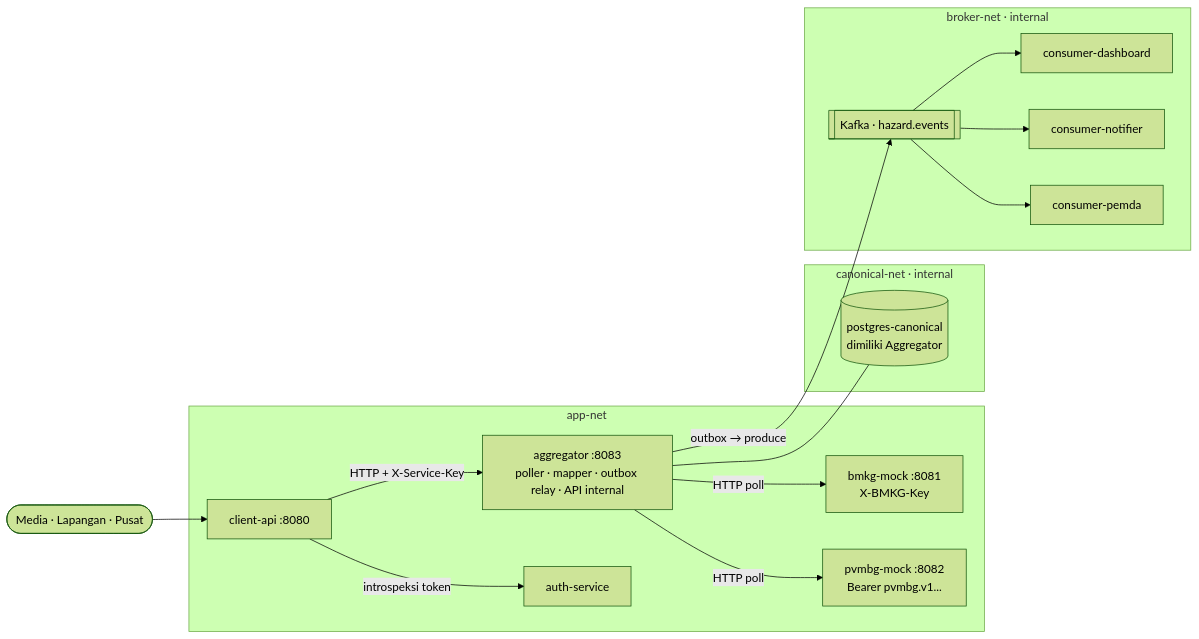
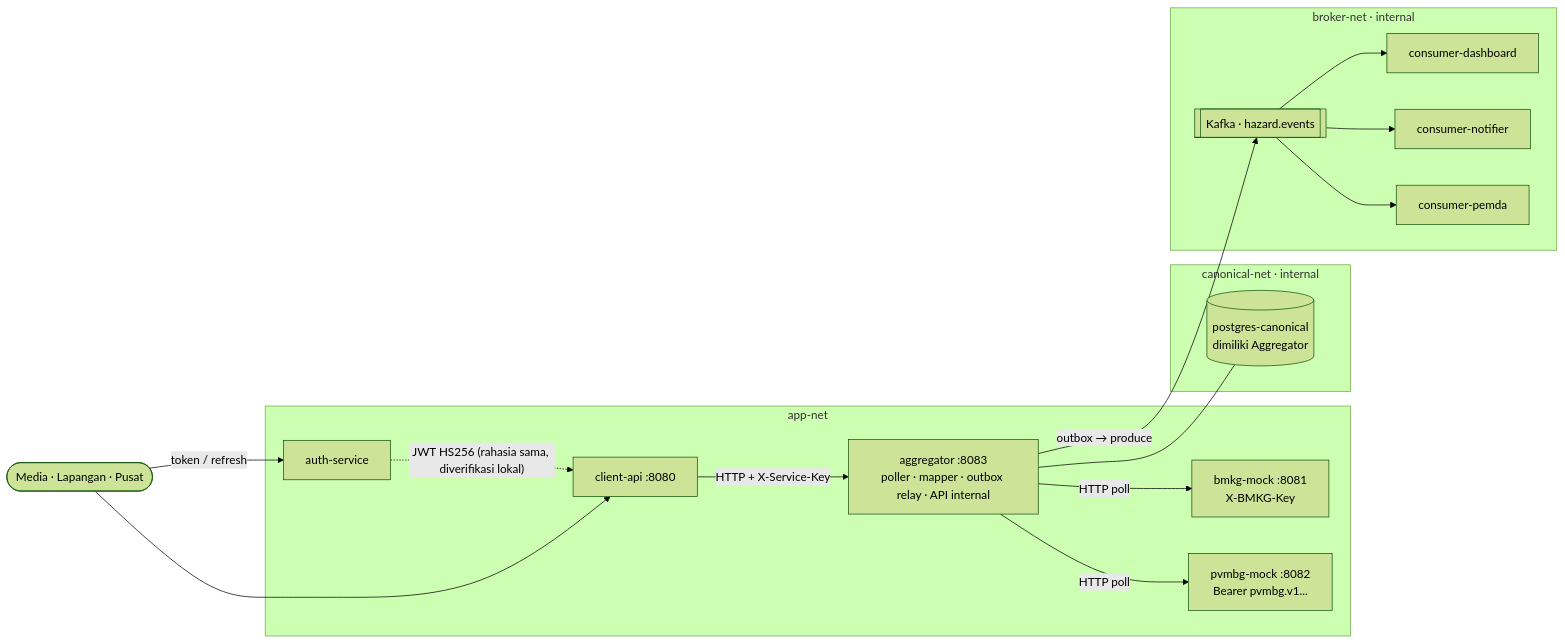
One commit to andi-frame/OrangSuksesAamiin changed the diagram in docs/report/00-umum.md. Above: the diagram before and after it, drawn with Mermaid (forest theme). The commit also changed other lines of this file and 13 other files, not shown here.

First line of the commit message:
docs: write P2/P3 reports to spec, fix architecture notes, refresh evidence and traceability

````diff
--- a/docs/report/00-umum.md
+++ b/docs/report/00-umum.md
@@ -28,27 +28,28 @@
 ```mermaid
 flowchart LR
   subgraph app-net
     BMKG[bmkg-mock :8081<br/>X-BMKG-Key]
     PVMBG[pvmbg-mock :8082<br/>Bearer pvmbg.v1...]
     AGG[aggregator :8083<br/>poller · mapper · outbox relay · API internal]
     CAPI[client-api :8080]
     AUTH[auth-service]
   end
   subgraph canonical-net[canonical-net · internal]
     PG[(postgres-canonical<br/>dimiliki Aggregator)]
   end
   subgraph broker-net[broker-net · internal]
     K[[Kafka · hazard.events]]
     C1[consumer-dashboard]
     C2[consumer-notifier]
     C3[consumer-pemda]
   end
   AGG -- "HTTP poll" --> BMKG
   AGG -- "HTTP poll" --> PVMBG
   AGG --- PG
   AGG -- "outbox → produce" --> K
   K --> C1 & C2 & C3
   CAPI -- "HTTP + X-Service-Key" --> AGG
-  CAPI -- "introspeksi token" --> AUTH
-  Client([Media · Lapangan · Pusat]) --> CAPI
+  Client([Media · Lapangan · Pusat]) -- "token / refresh" --> AUTH
+  AUTH -. "JWT HS256 (rahasia sama, diverifikasi lokal)" .-> CAPI
+  Client --> CAPI
 ```
````
